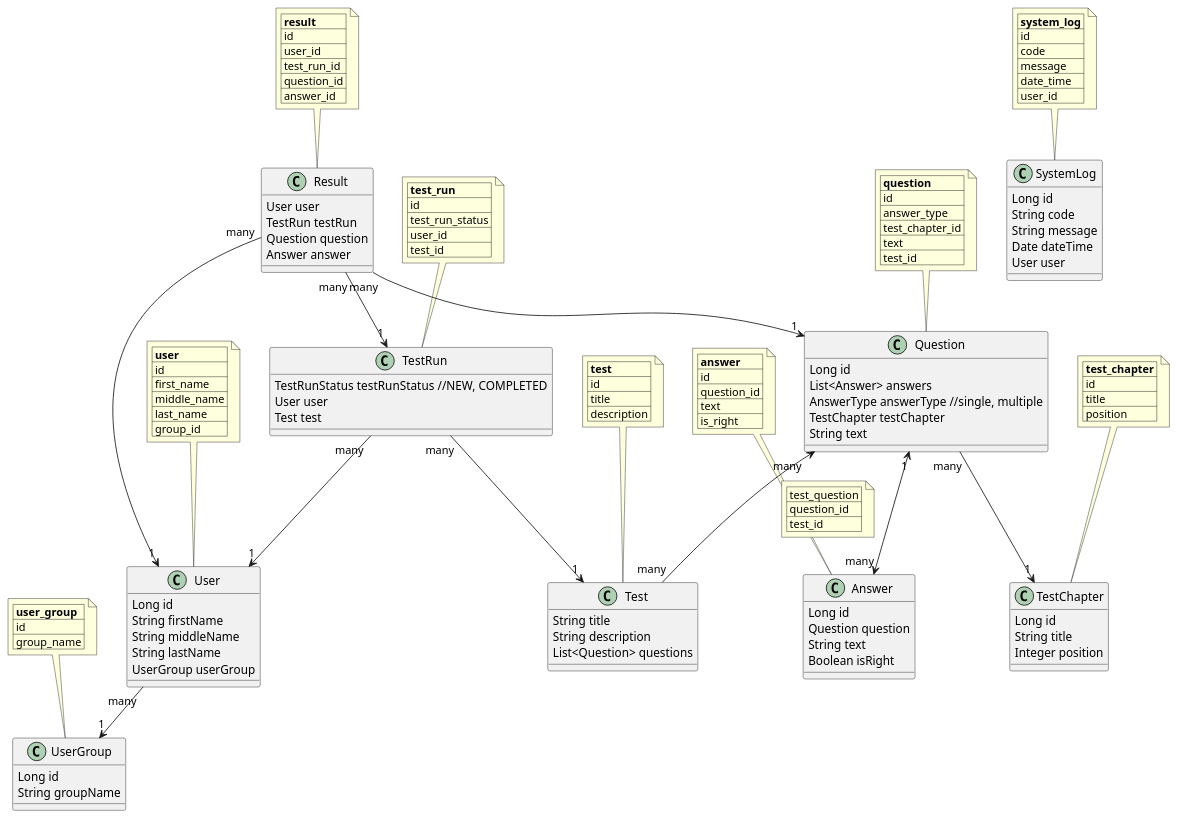
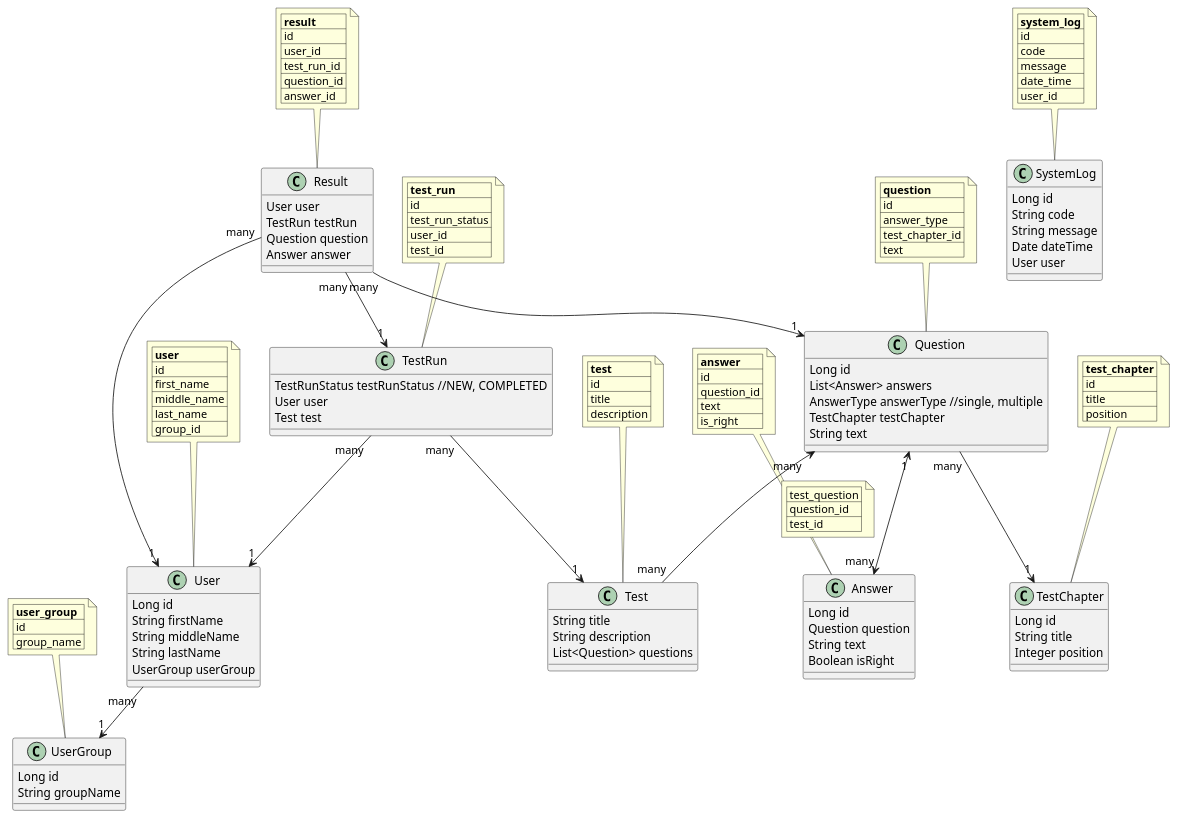
One commit to ikhoroshev/SBTTraineeship changed the diagram in practise/diagrams/Domain.puml. Above: the diagram before and after it, drawn with PlantUML.

Commit message:
Исправления в диаграмма доменных объектов

```diff
--- a/practise/diagrams/Domain.puml
+++ b/practise/diagrams/Domain.puml
@@ -1,161 +1,160 @@
 @startuml
 
 class User {
     Long id
     String firstName
     String middleName
     String lastName
     UserGroup userGroup
 }
 
 note top of User
    |= user |
    | id |
    | first_name |
    | middle_name |
    | last_name |
    | group_id |
 end note
 
 class UserGroup {
     Long id
     String groupName
 }
 
 note top of UserGroup
    |= user_group |
    | id |
    | group_name |
 end note
 
 User "many" --> "1" UserGroup
 
 class SystemLog {
     Long id
     String code
     String message
     Date dateTime
     User user
 }
 
 note top of SystemLog
    |= system_log |
    | id |
    | code |
    | message |
    | date_time |
    | user_id |
 end note
 
 
 class Question {
     Long id
     List<Answer> answers
     AnswerType answerType //single, multiple
     TestChapter testChapter
     String text
 }
 
 note top of Question
    |= question |
    | id |
    | answer_type |
    | test_chapter_id |
    | text |
-   | test_id |
 end note
 
 
 Question "many" --> "1" TestChapter
 
 Question "1" <--> "many" Answer
 
 class Answer {
     Long id
     Question question
     String text
     Boolean isRight
 }
 
 note top of Answer
    |= answer |
    | id |
    | question_id |
    | text |
    | is_right |
 end note
 
 class Result {
     User user
     TestRun testRun
     Question question
     Answer answer
 }
 
 note top of Result
    |= result |
    | id |
    | user_id |
    | test_run_id |
    | question_id |
    | answer_id |
 end note
 
 
 class Test {
     String title
     String description
     List<Question> questions
 }
 
 note top of Test
    |= test |
    | id |
    | title |
    | description |
 end note
 
 
 Question "many" <-- "many" Test
 
 note right on link
 	| test_question |
 	| question_id |
 	| test_id |
 end note
 
 class TestChapter {
     Long id
     String title
     Integer position
 }
 
 note top of TestChapter
    |= test_chapter |
    | id |
    | title |
    | position |
 end note
 
 class TestRun {
     TestRunStatus testRunStatus //NEW, COMPLETED
     User user
     Test test
 }
 
 note top of TestRun
    |= test_run |
    | id |
    | test_run_status |
    | user_id |
    | test_id |
 end note
 
 TestRun "many" --> "1" Test
 TestRun "many" --> "1" User
 Result "many" --> "1" User
 Result "many" --> "1" TestRun
 Result "many" --> "1" Question
 
 
 @enduml
```
